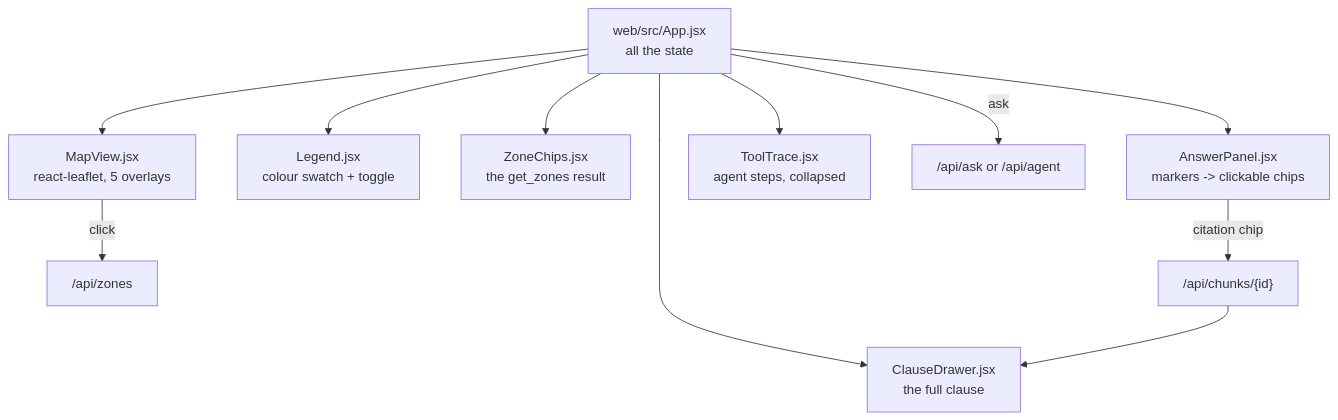
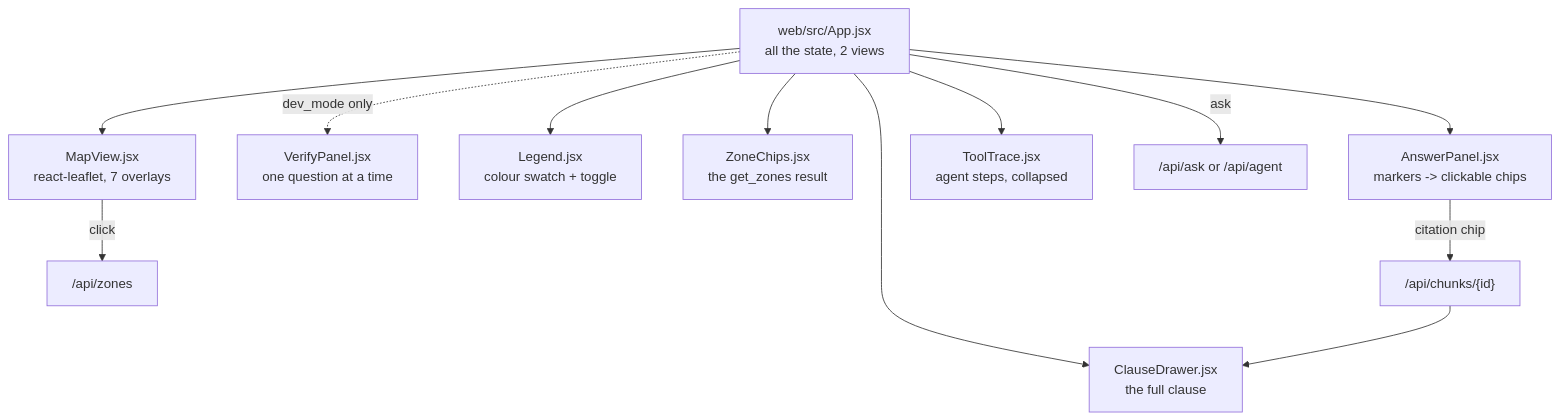
Before and after one commit to dhruv-ship-it/delhi-plan-rag: the seventh of 7 diagrams in docs/ARCHITECTURE.md, drawn with Mermaid. The commit also changed other lines of this file and 5 other files, not shown here.

First line of the commit message:
night3-stage8: README, architecture, the v3 query report and the run report

````diff
--- a/docs/ARCHITECTURE.md
+++ b/docs/ARCHITECTURE.md
@@ -252,14 +389,15 @@
 ```mermaid
 flowchart TB
-    APP["web/src/App.jsx<br/>all the state"] --> MAP["MapView.jsx<br/>react-leaflet, 5 overlays"]
+    APP["web/src/App.jsx<br/>all the state, 2 views"] --> MAP["MapView.jsx<br/>react-leaflet, 7 overlays"]
+    APP -.->|"dev_mode only"| VERIFY["VerifyPanel.jsx<br/>one question at a time"]
     APP --> LEG["Legend.jsx<br/>colour swatch + toggle"]
     APP --> CHIPS["ZoneChips.jsx<br/>the get_zones result"]
     APP --> ANS["AnswerPanel.jsx<br/>markers -> clickable chips"]
     APP --> TRACE["ToolTrace.jsx<br/>agent steps, collapsed"]
     APP --> DRAWER["ClauseDrawer.jsx<br/>the full clause"]
 
     MAP -->|"click"| API1["/api/zones"]
     APP -->|"ask"| API2["/api/ask or /api/agent"]
     ANS -->|"citation chip"| API3["/api/chunks/{id}"]
     API3 --> DRAWER
 ```
````
